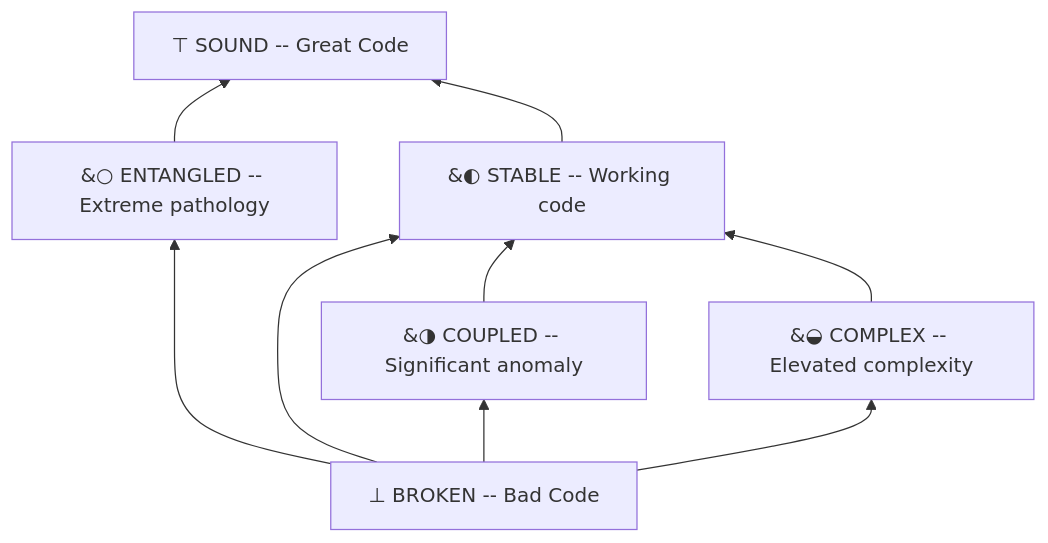
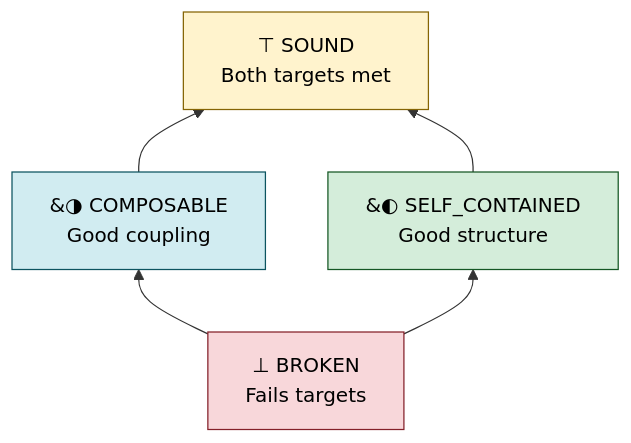
The diagram in README.md (Krv-Labs/topos), drawn with Mermaid before and after one commit. The commit also changed other lines of this file and 8 other files, not shown here.

````diff
--- a/README.md
+++ b/README.md
@@ -36,18 +24,17 @@
 ```mermaid
 graph BT
-    BROKEN["&perp; BROKEN -- Bad Code"]
-    ENTANGLED["&#9675; ENTANGLED -- Extreme pathology"]
-    COUPLED["&#9681; COUPLED -- Significant anomaly"]
-    COMPLEX["&#9682; COMPLEX -- Elevated complexity"]
-    STABLE["&#9680; STABLE -- Working code"]
-    SOUND["&top; SOUND -- Great Code"]
+    BROKEN["&perp; BROKEN<br/>Fails targets"]
+    COMPOSABLE["&#9681; COMPOSABLE<br/>Good coupling"]
+    SELF_CONTAINED["&#9680; SELF_CONTAINED<br/>Good structure"]
+    SOUND["&top; SOUND<br/>Both targets met"]
 
-    BROKEN --> ENTANGLED
-    BROKEN --> COUPLED
-    BROKEN --> COMPLEX
-    BROKEN --> STABLE
-    ENTANGLED --> SOUND
-    COUPLED --> STABLE
-    COMPLEX --> STABLE
-    STABLE --> SOUND
+    BROKEN --> COMPOSABLE
+    BROKEN --> SELF_CONTAINED
+    COMPOSABLE --> SOUND
+    SELF_CONTAINED --> SOUND
+
+    style BROKEN         fill:#f8d7da,stroke:#842029,color:#000
+    style COMPOSABLE     fill:#d1ecf1,stroke:#0c5460,color:#000
+    style SELF_CONTAINED fill:#d4edda,stroke:#155724,color:#000
+    style SOUND          fill:#fff3cd,stroke:#856404,color:#000
 ```
````
